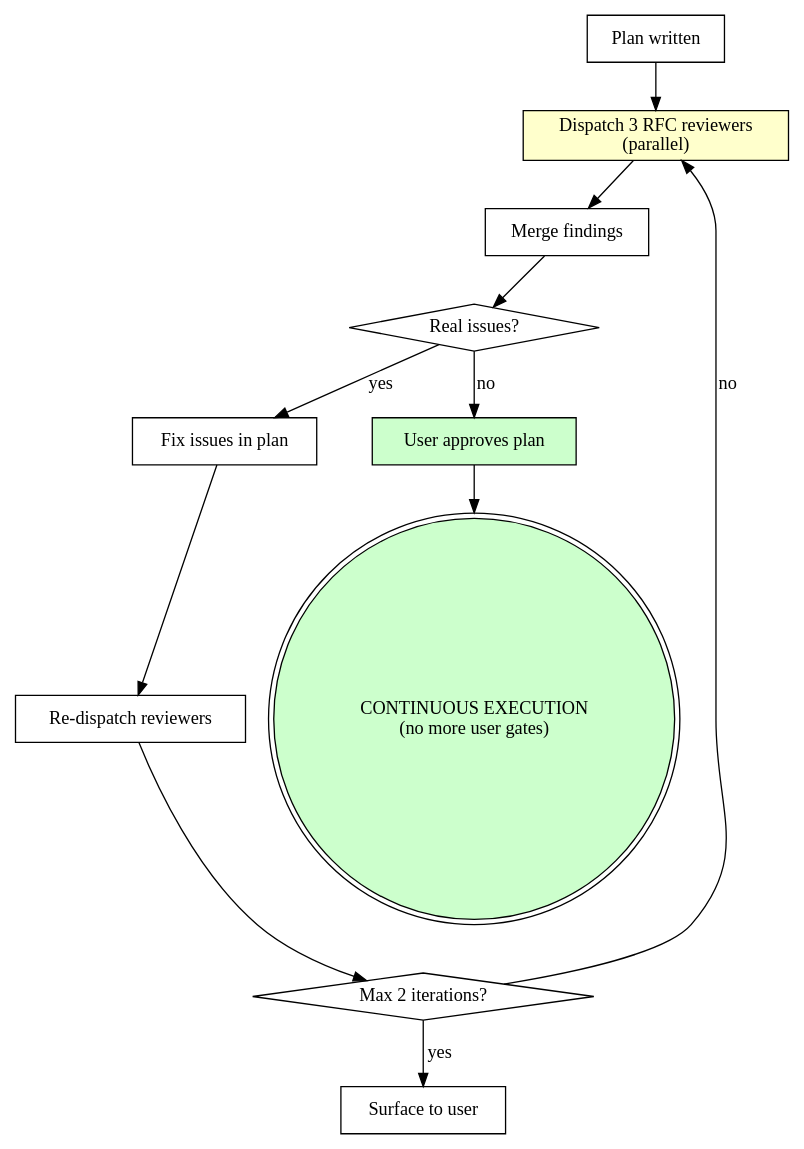
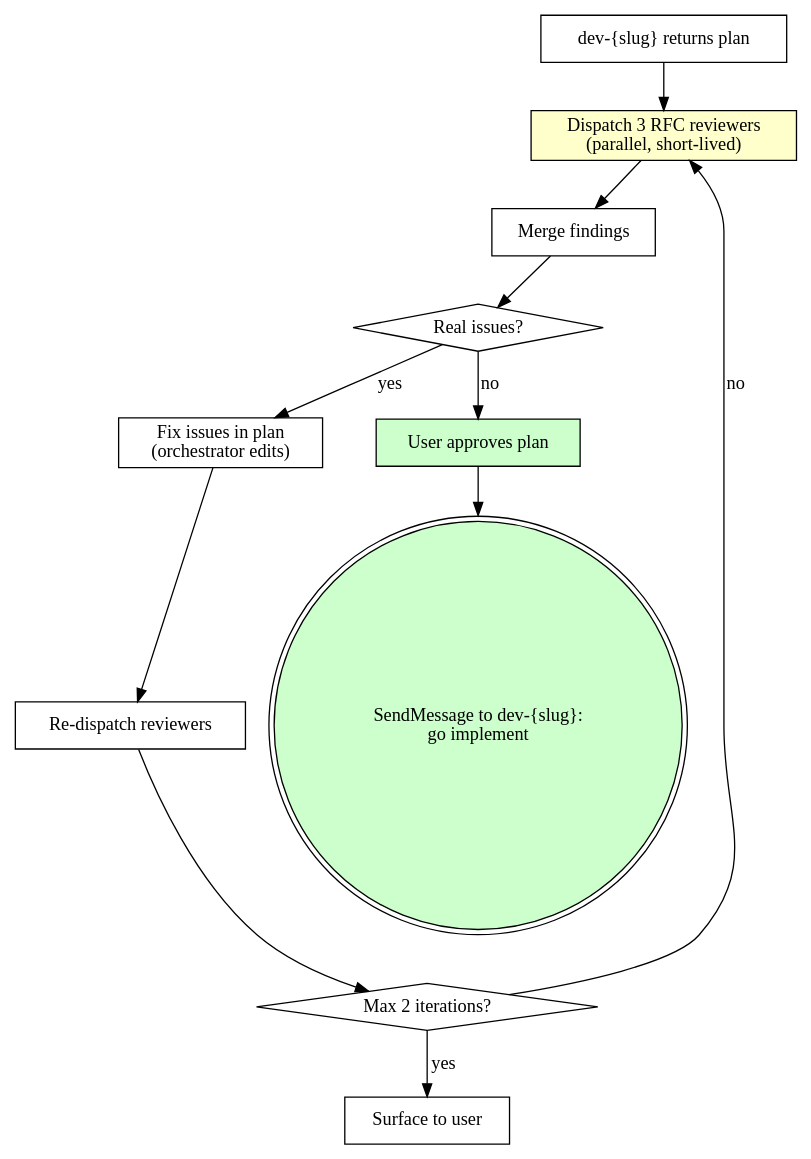
One commit to soelinmyat/pm changed the second of 2 diagrams in skills/dev/references/single-issue-flow.md. Above: the diagram before and after it, drawn with Graphviz. The commit also changed other lines of this file and 5 other files, not shown here.

````diff
--- a/skills/dev/references/single-issue-flow.md
+++ b/skills/dev/references/single-issue-flow.md
@@ -376,25 +418,25 @@
 ```dot
 digraph plan_review {
-    "Plan written" [shape=box];
-    "Dispatch 3 RFC reviewers\n(parallel)" [shape=box, style=filled, fillcolor="#ffffcc"];
+    "dev-{slug} returns plan" [shape=box];
+    "Dispatch 3 RFC reviewers\n(parallel, short-lived)" [shape=box, style=filled, fillcolor="#ffffcc"];
     "Merge findings" [shape=box];
     "Real issues?" [shape=diamond];
-    "Fix issues in plan" [shape=box];
+    "Fix issues in plan\n(orchestrator edits)" [shape=box];
     "Re-dispatch reviewers" [shape=box];
     "Max 2 iterations?" [shape=diamond];
     "Surface to user" [shape=box];
     "User approves plan" [shape=box, style=filled, fillcolor="#ccffcc"];
-    "CONTINUOUS EXECUTION\n(no more user gates)" [shape=doublecircle, style=filled, fillcolor="#ccffcc"];
+    "SendMessage to dev-{slug}:\ngo implement" [shape=doublecircle, style=filled, fillcolor="#ccffcc"];
 
-    "Plan written" -> "Dispatch 3 RFC reviewers\n(parallel)";
-    "Dispatch 3 RFC reviewers\n(parallel)" -> "Merge findings";
+    "dev-{slug} returns plan" -> "Dispatch 3 RFC reviewers\n(parallel, short-lived)";
+    "Dispatch 3 RFC reviewers\n(parallel, short-lived)" -> "Merge findings";
     "Merge findings" -> "Real issues?";
-    "Real issues?" -> "Fix issues in plan" [label="yes"];
-    "Fix issues in plan" -> "Re-dispatch reviewers";
+    "Real issues?" -> "Fix issues in plan\n(orchestrator edits)" [label="yes"];
+    "Fix issues in plan\n(orchestrator edits)" -> "Re-dispatch reviewers";
     "Re-dispatch reviewers" -> "Max 2 iterations?";
-    "Max 2 iterations?" -> "Dispatch 3 RFC reviewers\n(parallel)" [label="no"];
+    "Max 2 iterations?" -> "Dispatch 3 RFC reviewers\n(parallel, short-lived)" [label="no"];
     "Max 2 iterations?" -> "Surface to user" [label="yes"];
     "Real issues?" -> "User approves plan" [label="no"];
-    "User approves plan" -> "CONTINUOUS EXECUTION\n(no more user gates)";
+    "User approves plan" -> "SendMessage to dev-{slug}:\ngo implement";
 }
 ```
````
